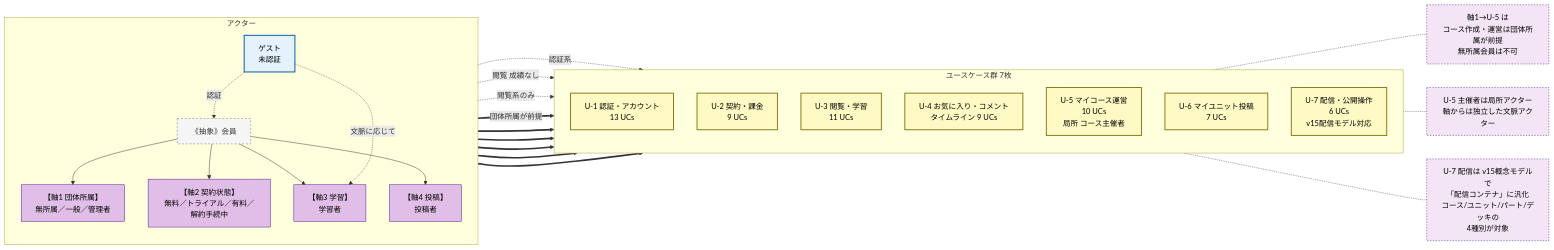
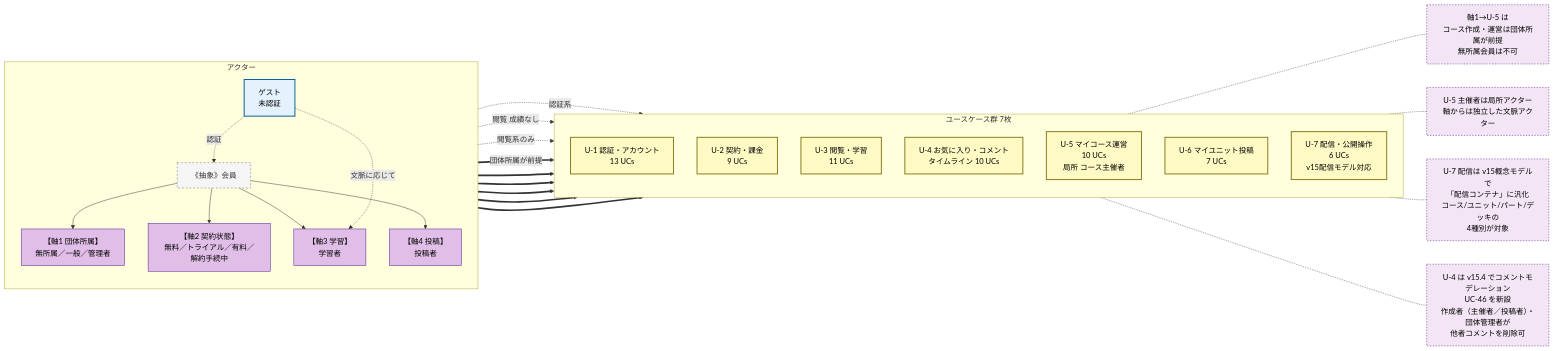
Before and after one commit to topicmaker-git/Pages: the diagram in choi/学習者アプリ_ユースケース図/学習者アプリ_ユースケース図_全体俯瞰.mmd, drawn with Mermaid. The commit also changed 9 other files, not shown here.

```diff
--- a/choi/学習者アプリ_ユースケース図/学習者アプリ_ユースケース図_全体俯瞰.mmd
+++ b/choi/学習者アプリ_ユースケース図/学習者アプリ_ユースケース図_全体俯瞰.mmd
@@ -1,54 +1,56 @@
 flowchart LR
 
 classDef actor fill:#e3f2fd,stroke:#01579b,stroke-width:2px,color:#000
 classDef abstract fill:#f5f5f5,stroke:#666,stroke-width:1px,stroke-dasharray:4 4,color:#333
 classDef ucgroup fill:#fff9c4,stroke:#827717,stroke-width:2px,color:#000
 classDef axis fill:#e1bee7,stroke:#4a148c,stroke-width:1px,color:#000
 classDef note fill:#f3e5f5,stroke:#4a148c,stroke-width:1px,stroke-dasharray:3 3,color:#000
 
 subgraph A["アクター"]
     direction TB
     Guest["ゲスト<br/>未認証"]:::actor
     Member["《抽象》会員"]:::abstract
     A1["【軸1 団体所属】<br/>無所属／一般／管理者"]:::axis
     A2["【軸2 契約状態】<br/>無料／トライアル／有料／解約手続中"]:::axis
     A3["【軸3 学習】<br/>学習者"]:::axis
     A4["【軸4 投稿】<br/>投稿者"]:::axis
     Guest -.->|認証| Member
     Member --> A1
     Member --> A2
     Member --> A3
     Member --> A4
     Guest -.->|文脈に応じて| A3
 end
 
 subgraph U["ユースケース群 7枚"]
     direction TB
     U1["U-1 認証・アカウント<br/>13 UCs"]:::ucgroup
     U2["U-2 契約・課金<br/>9 UCs"]:::ucgroup
     U3["U-3 閲覧・学習<br/>11 UCs"]:::ucgroup
-    U4["U-4 お気に入り・コメント<br/>タイムライン 9 UCs"]:::ucgroup
+    U4["U-4 お気に入り・コメント<br/>タイムライン 10 UCs"]:::ucgroup
     U5["U-5 マイコース運営<br/>10 UCs<br/>局所 コース主催者"]:::ucgroup
     U6["U-6 マイユニット投稿<br/>7 UCs"]:::ucgroup
     U7["U-7 配信・公開操作<br/>6 UCs<br/>v15配信モデル対応"]:::ucgroup
 end
 
 Guest -.->|認証系| U1
 Guest -.->|閲覧 成績なし| U3
 Guest -.->|閲覧系のみ| U4
 
 A1 ==>|団体所属が前提| U5
 
 A2 ==> U2
 A3 ==> U3
 A3 ==> U4
 A4 ==> U6
 A4 ==> U7
 
 note2["軸1→U-5 は<br/>コース作成・運営は団体所属が前提<br/>無所属会員は不可"]:::note
 note3["U-5 主催者は局所アクター<br/>軸からは独立した文脈アクター"]:::note
 note4["U-7 配信は v15概念モデルで<br/>「配信コンテナ」に汎化<br/>コース/ユニット/パート/デッキの<br/>4種別が対象"]:::note
+note5["U-4 は v15.4 でコメントモデレーション<br/>UC-46 を新設<br/>作成者（主催者／投稿者）・団体管理者が<br/>他者コメントを削除可"]:::note
 
 U5 -.- note2
 U5 -.- note3
 U7 -.- note4
+U4 -.- note5
```
